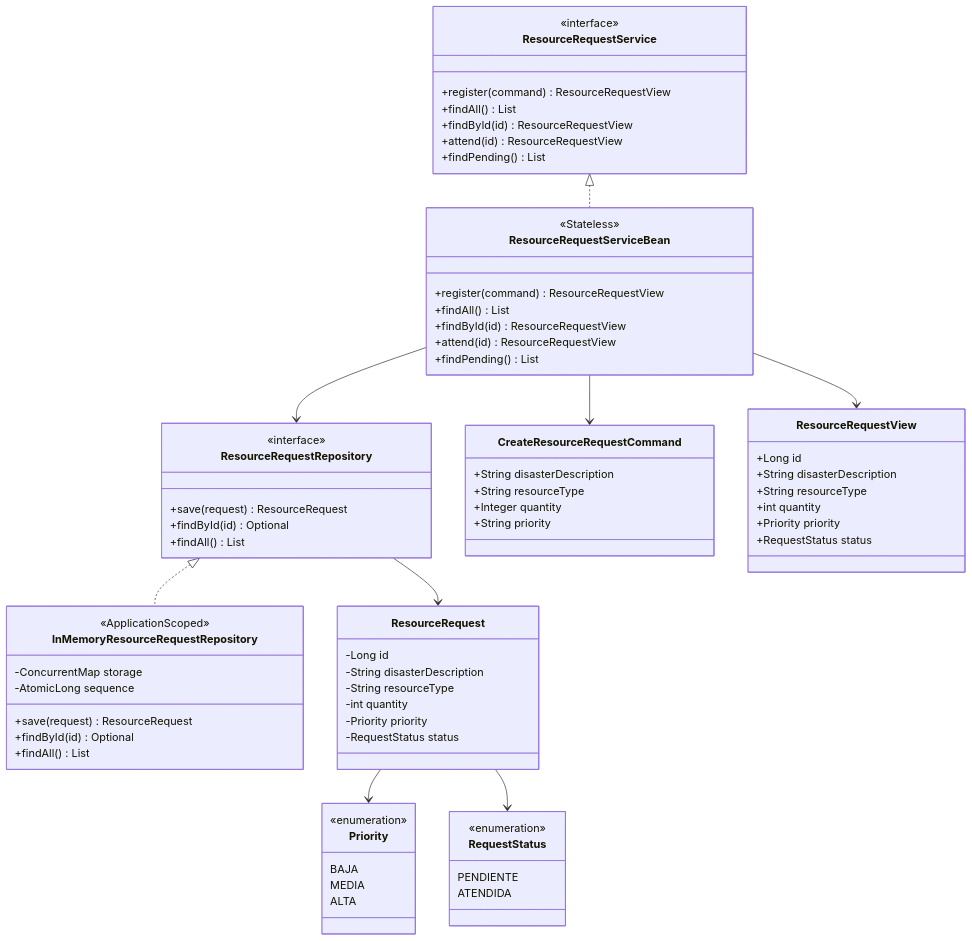
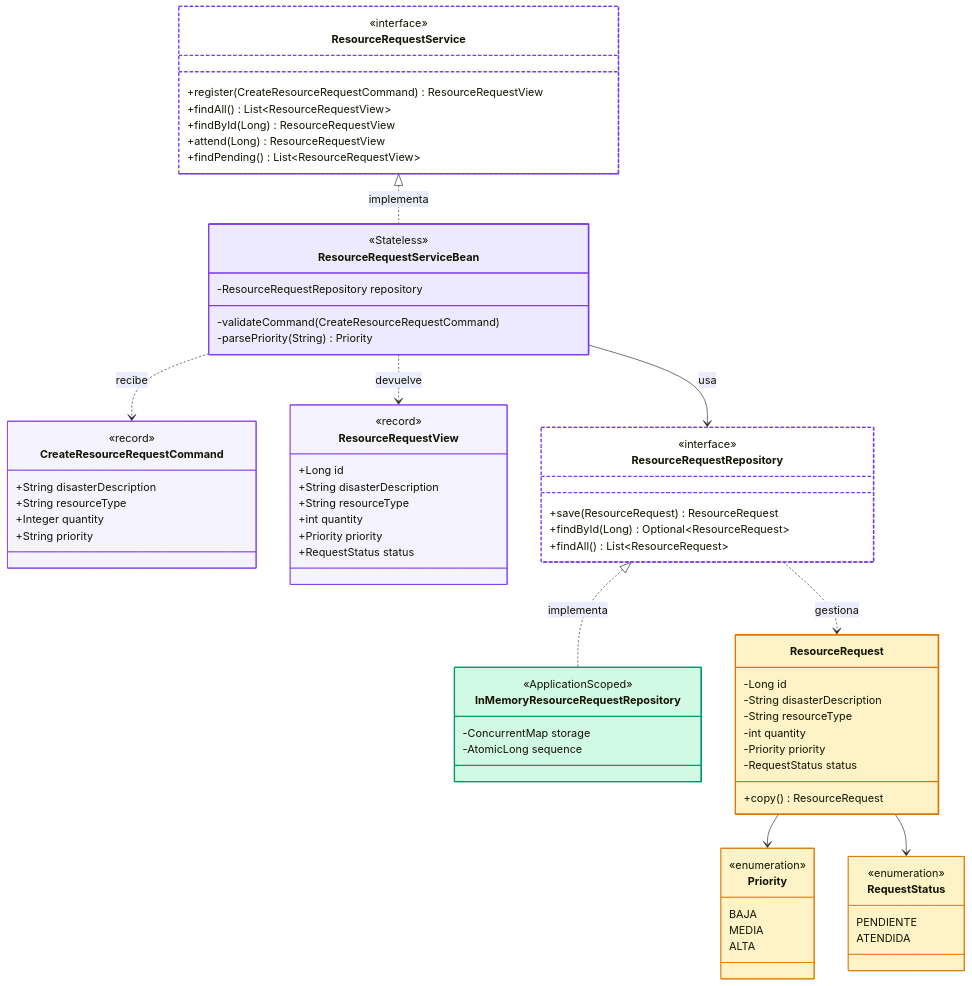
One commit to andreMD287/JEE-Negocio changed the second of 9 diagrams in docs/arquitectura.md. Above: the diagram before and after it, drawn with Mermaid. The commit also changed other lines of this file and 1 other file, not shown here.

First line of the commit message:
Documentación: diagramas rediseñados y redacción formal

````diff
--- a/docs/arquitectura.md
+++ b/docs/arquitectura.md
@@ -119,38 +134,45 @@
 
     class ResourceRequestService {
         <<interface>>
-        +register(command) ResourceRequestView
-        +findAll() List
-        +findById(id) ResourceRequestView
-        +attend(id) ResourceRequestView
-        +findPending() List
+        +register(CreateResourceRequestCommand) ResourceRequestView
+        +findAll() List~ResourceRequestView~
+        +findById(Long) ResourceRequestView
+        +attend(Long) ResourceRequestView
+        +findPending() List~ResourceRequestView~
     }
-
     class ResourceRequestServiceBean {
         <<Stateless>>
-        +register(command) ResourceRequestView
-        +findAll() List
-        +findById(id) ResourceRequestView
-        +attend(id) ResourceRequestView
-        +findPending() List
+        -ResourceRequestRepository repository
+        -validateCommand(CreateResourceRequestCommand)
+        -parsePriority(String) Priority
     }
-
+    class CreateResourceRequestCommand {
+        <<record>>
+        +String disasterDescription
+        +String resourceType
+        +Integer quantity
+        +String priority
+    }
+    class ResourceRequestView {
+        <<record>>
+        +Long id
+        +String disasterDescription
+        +String resourceType
+        +int quantity
+        +Priority priority
+        +RequestStatus status
+    }
     class ResourceRequestRepository {
         <<interface>>
-        +save(request) ResourceRequest
-        +findById(id) Optional
-        +findAll() List
+        +save(ResourceRequest) ResourceRequest
+        +findById(Long) Optional~ResourceRequest~
+        +findAll() List~ResourceRequest~
     }
-
     class InMemoryResourceRequestRepository {
         <<ApplicationScoped>>
         -ConcurrentMap storage
         -AtomicLong sequence
-        +save(request) ResourceRequest
-        +findById(id) Optional
-        +findAll() List
     }
-
     class ResourceRequest {
         -Long id
         -String disasterDescription
@@ -158,43 +180,36 @@
         -int quantity
         -Priority priority
         -RequestStatus status
+        +copy() ResourceRequest
     }
-
-    class CreateResourceRequestCommand {
-        +String disasterDescription
-        +String resourceType
-        +Integer quantity
-        +String priority
-    }
-
-    class ResourceRequestView {
-        +Long id
-        +String disasterDescription
-        +String resourceType
-        +int quantity
-        +Priority priority
-        +RequestStatus status
-    }
-
     class Priority {
         <<enumeration>>
         BAJA
         MEDIA
         ALTA
     }
-
     class RequestStatus {
         <<enumeration>>
         PENDIENTE
         ATENDIDA
     }
 
-    ResourceRequestService <|.. ResourceRequestServiceBean
-    ResourceRequestServiceBean --> ResourceRequestRepository
-    ResourceRequestRepository <|.. InMemoryResourceRequestRepository
-    ResourceRequestServiceBean --> CreateResourceRequestCommand
-    ResourceRequestServiceBean --> ResourceRequestView
-    ResourceRequestRepository --> ResourceRequest
+    ResourceRequestService <|.. ResourceRequestServiceBean : implementa
+    ResourceRequestServiceBean ..> CreateResourceRequestCommand : recibe
+    ResourceRequestServiceBean ..> ResourceRequestView : devuelve
+    ResourceRequestServiceBean --> ResourceRequestRepository : usa
+    ResourceRequestRepository <|.. InMemoryResourceRequestRepository : implementa
+    ResourceRequestRepository ..> ResourceRequest : gestiona
     ResourceRequest --> Priority
     ResourceRequest --> RequestStatus
+
+    style ResourceRequestService fill:#FFFFFF,stroke:#7C3AED,stroke-width:2px,stroke-dasharray:5 3
+    style ResourceRequestServiceBean fill:#EDE9FE,stroke:#7C3AED,stroke-width:2px
+    style CreateResourceRequestCommand fill:#F5F3FF,stroke:#7C3AED
+    style ResourceRequestView fill:#F5F3FF,stroke:#7C3AED
+    style ResourceRequestRepository fill:#FFFFFF,stroke:#7C3AED,stroke-width:2px,stroke-dasharray:5 3
+    style InMemoryResourceRequestRepository fill:#D1FAE5,stroke:#059669,stroke-width:2px
+    style ResourceRequest fill:#FEF3C7,stroke:#D97706,stroke-width:2px
+    style Priority fill:#FEF3C7,stroke:#D97706
+    style RequestStatus fill:#FEF3C7,stroke:#D97706
 ```
````
